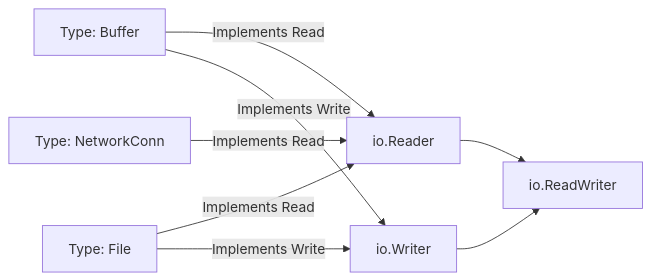
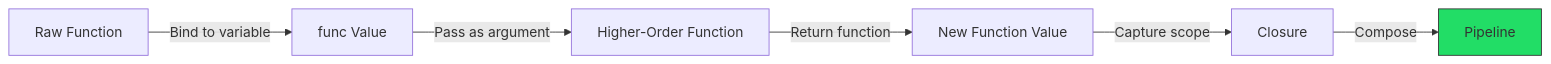
One commit to Leito2/Learning changed the first of 4 diagrams in Software Engineering/Go Engineering/01 - Go Fundamentals/02 - Functions, Methods, and Interfaces.md. Above: the diagram before and after it, drawn with Mermaid. The commit also changed other lines of this file and 10 other files, not shown here.

Commit message:
feat: improve Go Fundamentals with deeper theory, ASCII diagrams, ML context (4179 lines total)

````diff
--- a/Software Engineering/Go Engineering/01 - Go Fundamentals/02 - Functions, Methods, and Interfaces.md
+++ b/Software Engineering/Go Engineering/01 - Go Fundamentals/02 - Functions, Methods, and Interfaces.md
@@ -149,10 +130,10 @@
 ```mermaid
 flowchart LR
-    A[Type: Buffer] -->|Implements Read| B[io.Reader]
-    A -->|Implements Write| C[io.Writer]
-    B --> D[io.ReadWriter]
-    C --> D
-    E[Type: File] -->|Implements Read| B
-    E -->|Implements Write| C
-    F[Type: NetworkConn] -->|Implements Read| B
+    A[Raw Function] -->|Bind to variable| B[func Value]
+    B -->|Pass as argument| C[Higher-Order Function]
+    C -->|Return function| D[New Function Value]
+    D -->|Capture scope| E[Closure]
+    E -->|Compose| F[Pipeline]
+
+    style F fill:#2d6,stroke:#333
 ```
````
